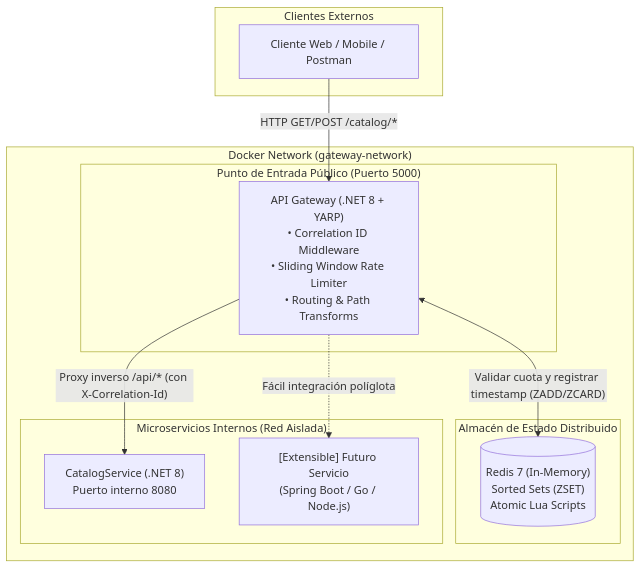
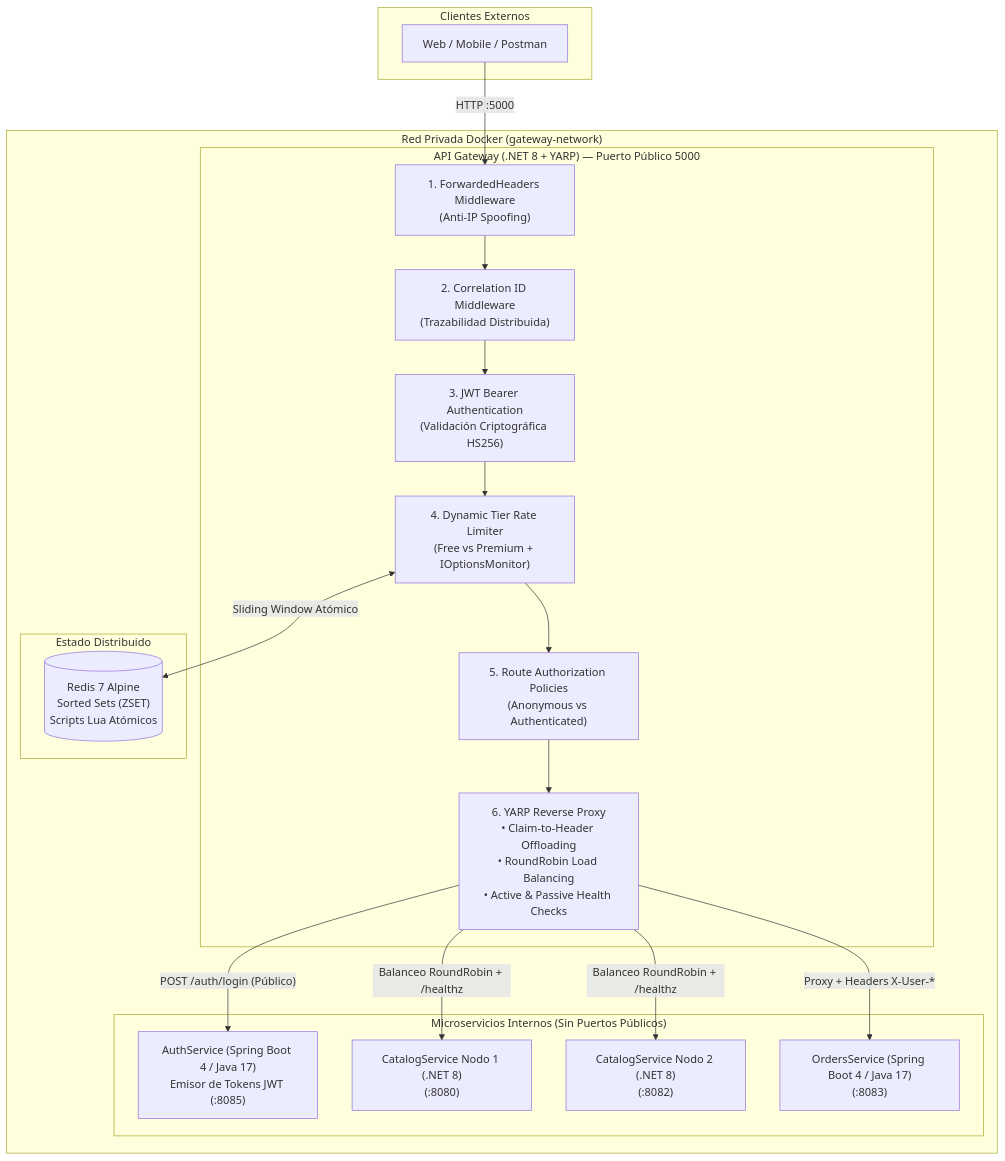
One commit to Ariel-Marcelo/cloud-native-api-gateway changed the diagram in README.md. Above: the diagram before and after it, drawn with Mermaid. The commit also changed other lines of this file and 11 other files, not shown here.

````diff
--- a/README.md
+++ b/README.md
@@ -11,26 +9,37 @@
 ```mermaid
 flowchart TD
-    subgraph Clientes Externos
-        A["Cliente Web / Mobile / Postman"]
+    subgraph Clientes["Clientes Externos"]
+        Client["Web / Mobile / Postman"]
     end
 
-    subgraph "Docker Network (gateway-network)"
-        subgraph "Punto de Entrada Público (Puerto 5000)"
-            GW["API Gateway (.NET 8 + YARP)<br/>• Correlation ID Middleware<br/>• Sliding Window Rate Limiter<br/>• Routing & Path Transforms"]
+    subgraph DockerNet["Red Privada Docker (gateway-network)"]
+        subgraph Edge["API Gateway (.NET 8 + YARP) — Puerto Público 5000"]
+            FH["1. ForwardedHeaders Middleware<br/>(Anti-IP Spoofing)"]
+            CID["2. Correlation ID Middleware<br/>(Trazabilidad Distribuida)"]
+            JWT["3. JWT Bearer Authentication<br/>(Validación Criptográfica HS256)"]
+            RL["4. Dynamic Tier Rate Limiter<br/>(Free vs Premium + IOptionsMonitor)"]
+            AUTHZ["5. Route Authorization Policies<br/>(Anonymous vs Authenticated)"]
+            YARP["6. YARP Reverse Proxy<br/>• Claim-to-Header Offloading<br/>• RoundRobin Load Balancing<br/>• Active & Passive Health Checks"]
+            
+            FH --> CID --> JWT --> RL --> AUTHZ --> YARP
         end
 
-        subgraph "Almacén de Estado Distribuido"
-            REDIS[("Redis 7 (In-Memory)<br/>Sorted Sets (ZSET)<br/>Atomic Lua Scripts")]
+        subgraph State["Estado Distribuido"]
+            REDIS[("Redis 7 Alpine<br/>Sorted Sets (ZSET)<br/>Scripts Lua Atómicos")]
         end
 
-        subgraph "Microservicios Internos (Red Aislada)"
-            MS1["CatalogService (.NET 8)<br/>Puerto interno 8080"]
-            MS2["[Extensible] Futuro Servicio<br/>(Spring Boot / Go / Node.js)"]
+        subgraph Downstream["Microservicios Internos (Sin Puertos Públicos)"]
+            AUTH["AuthService (Spring Boot 4 / Java 17)<br/>Emisor de Tokens JWT (:8085)"]
+            CAT1["CatalogService Nodo 1 (.NET 8)<br/>(:8080)"]
+            CAT2["CatalogService Nodo 2 (.NET 8)<br/>(:8082)"]
+            ORD["OrdersService (Spring Boot 4 / Java 17)<br/>(:8083)"]
         end
     end
 
-    A -->|"HTTP GET/POST /catalog/*"| GW
-    GW <-->|"Validar cuota y registrar timestamp (ZADD/ZCARD)"| REDIS
-    GW -->|"Proxy inverso /api/* (con X-Correlation-Id)"| MS1
-    GW -.->|"Fácil integración políglota"| MS2
+    Client -->|"HTTP :5000"| FH
+    RL <-->|"Sliding Window Atómico"| REDIS
+    YARP -->|"POST /auth/login (Público)"| AUTH
+    YARP -->|"Balanceo RoundRobin + /healthz"| CAT1
+    YARP -->|"Balanceo RoundRobin + /healthz"| CAT2
+    YARP -->|"Proxy + Headers X-User-*"| ORD
 ```
````
